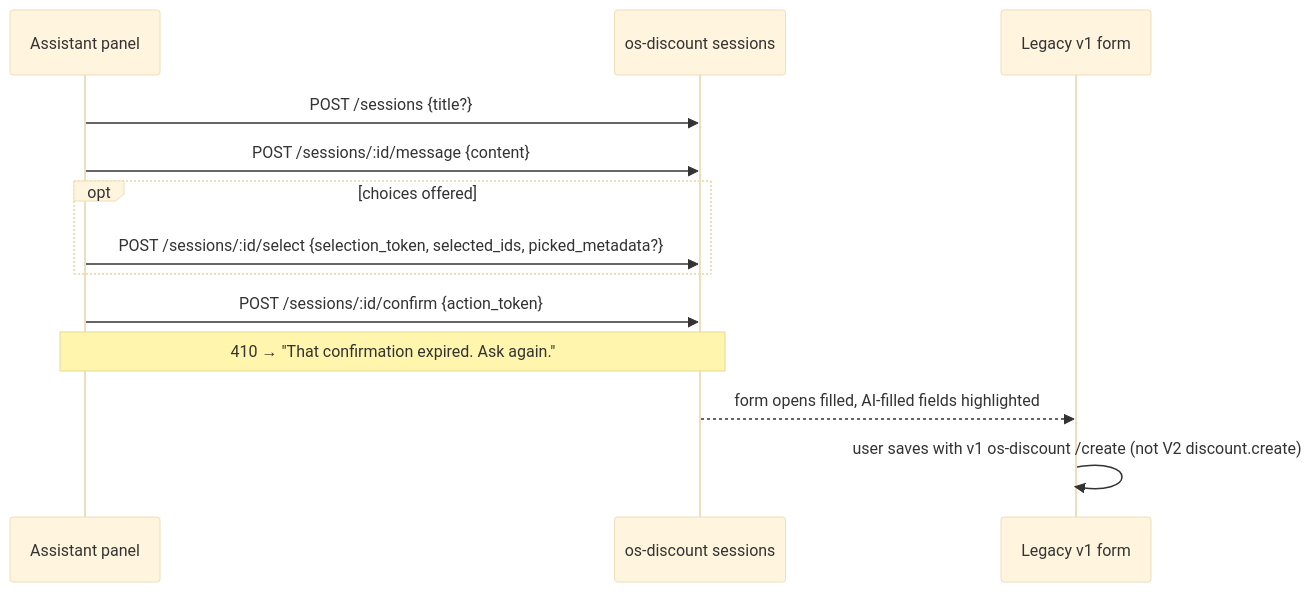
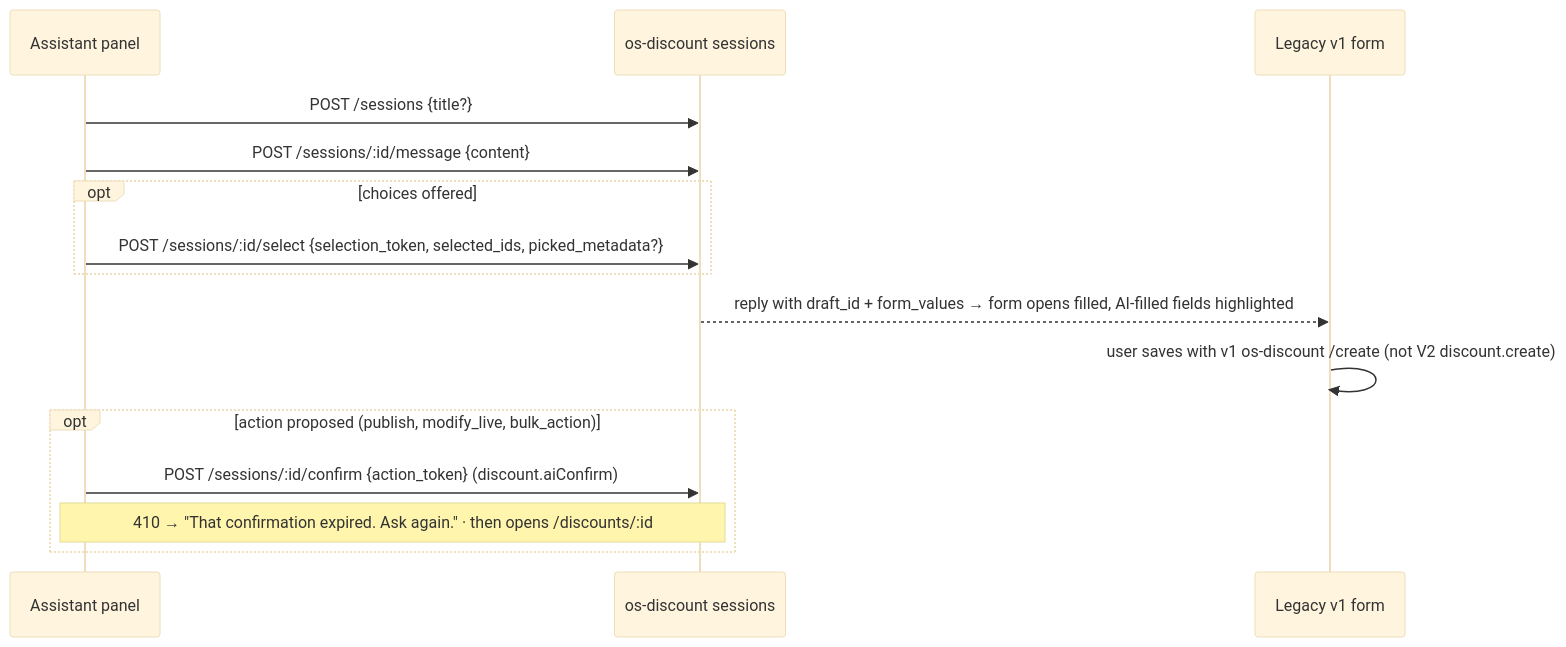
Before and after one commit to ashishkumar1-fe/new-gk-pages: the diagram in docs/architecture/commands/defs/discounts.md, drawn with Mermaid (base theme). The commit also changed other lines of this file and 33 other files, not shown here.

````diff
--- a/docs/architecture/commands/defs/discounts.md
+++ b/docs/architecture/commands/defs/discounts.md
@@ -41,15 +36,17 @@
 ```mermaid
 sequenceDiagram
   participant A as Assistant panel
   participant S as os-discount sessions
   participant F as Legacy v1 form
   A->>S: POST /sessions {title?}
   A->>S: POST /sessions/:id/message {content}
   opt choices offered
     A->>S: POST /sessions/:id/select {selection_token, selected_ids, picked_metadata?}
   end
-  A->>S: POST /sessions/:id/confirm {action_token}
-  Note over A,S: 410 → "That confirmation expired. Ask again."
-  S-->>F: form opens filled, AI-filled fields highlighted
+  S-->>F: reply with draft_id + form_values → form opens filled, AI-filled fields highlighted
   F->>F: user saves with v1 os-discount /create (not V2 discount.create)
+  opt action proposed (publish, modify_live, bulk_action)
+    A->>S: POST /sessions/:id/confirm {action_token} (discount.aiConfirm)
+    Note over A,S: 410 → "That confirmation expired. Ask again." · then opens /discounts/:id
+  end
 ```
````
